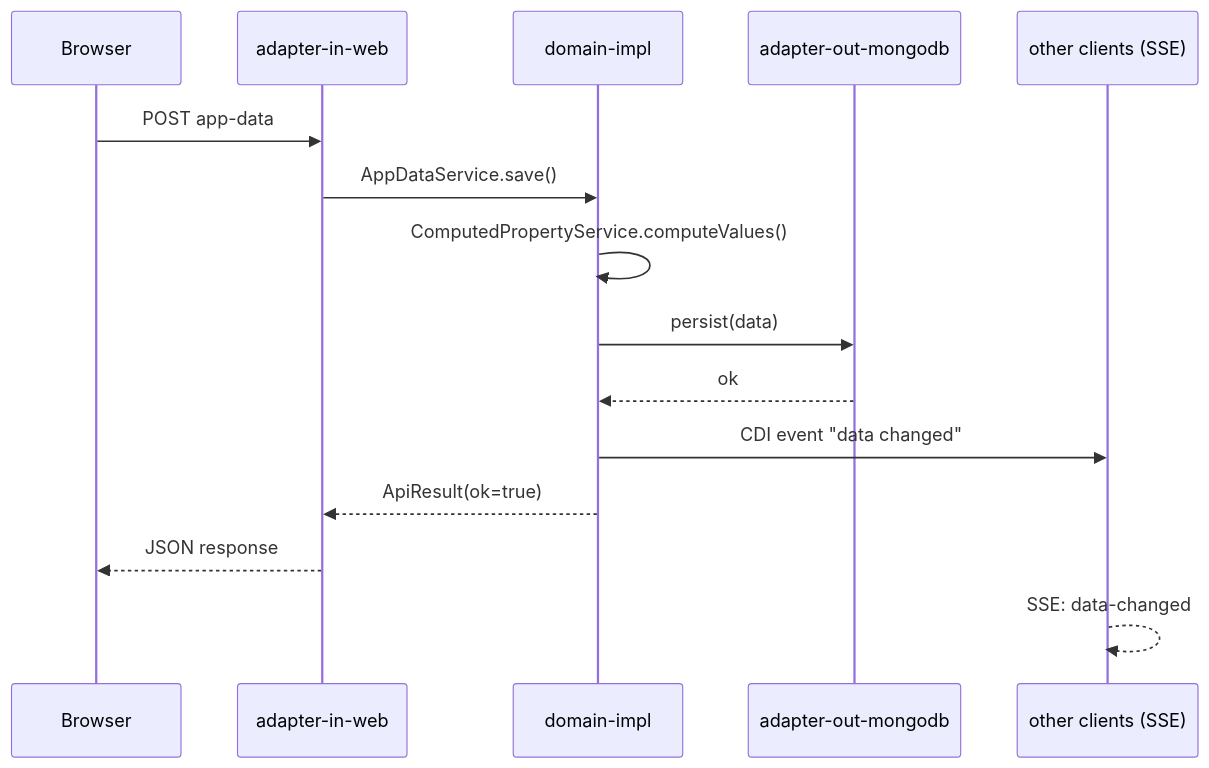
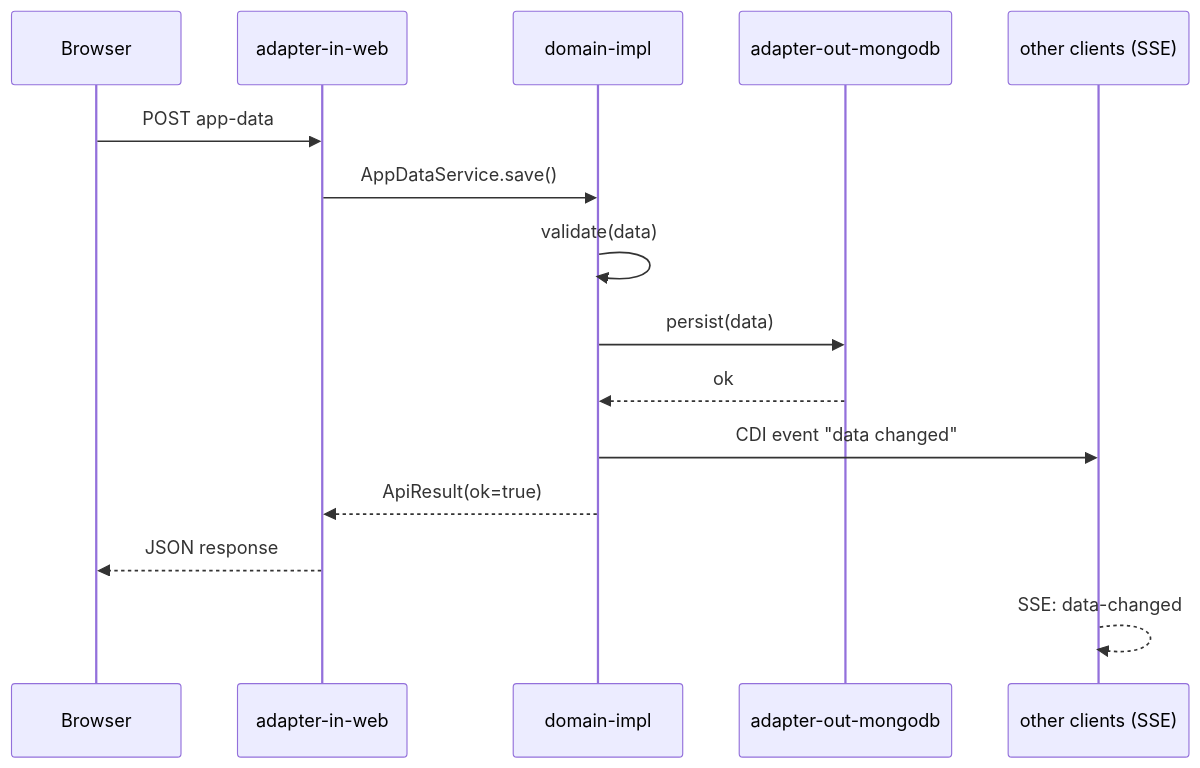
One commit to christiangroth/james-platform changed the third of 4 diagrams in docs/arc42/arc42.md. Above: the diagram before and after it, drawn with Mermaid. The commit also changed other lines of this file and 90 other files, not shown here.

````diff
--- a/docs/arc42/arc42.md
+++ b/docs/arc42/arc42.md
@@ -857,18 +863,18 @@
 ```mermaid
 sequenceDiagram
     participant B as Browser
     participant W as adapter-in-web
     participant D as domain-impl
     participant M as adapter-out-mongodb
     participant O as other clients (SSE)
 
     B->>W: POST app-data
     W->>D: AppDataService.save()
-    D->>D: ComputedPropertyService.computeValues()
+    D->>D: validate(data)
     D->>M: persist(data)
     M-->>D: ok
     D->>O: CDI event "data changed"
     D-->>W: ApiResult(ok=true)
     W-->>B: JSON response
     O-->>O: SSE: data-changed
 ```
````
